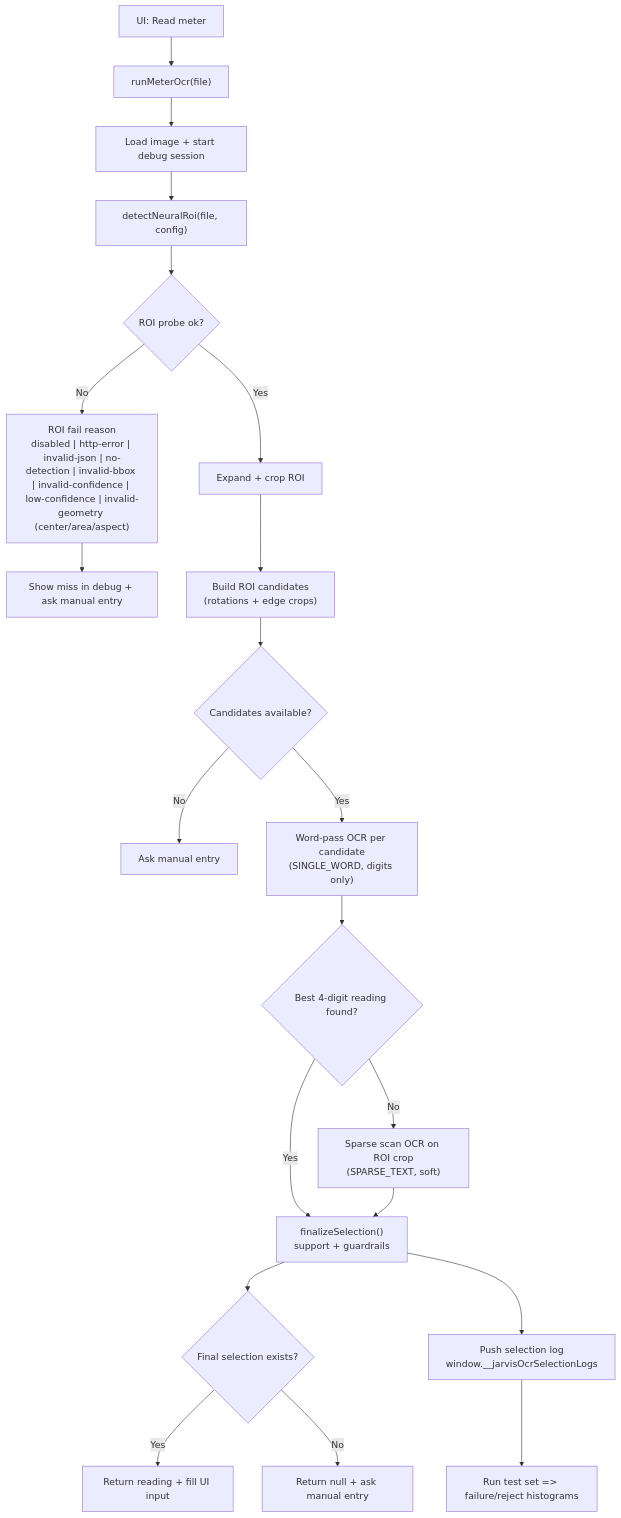
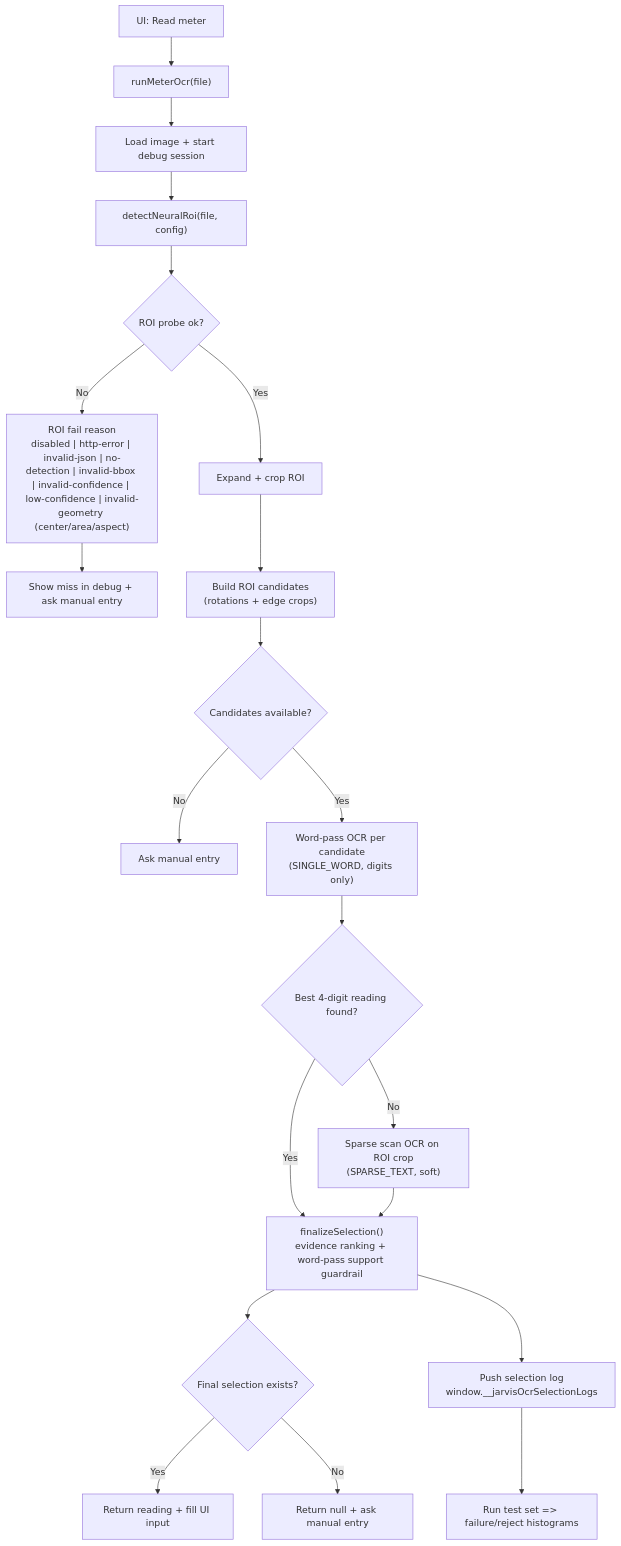
The diagram in docs/app-logic.md (AndreaPi/Jarvis), drawn with Mermaid before and after one commit. The commit also changed other lines of this file and 2 other files, not shown here.

Commit message:
Update OCR docs and re-render app logic diagram

````diff
--- a/docs/app-logic.md
+++ b/docs/app-logic.md
@@ -7,28 +7,28 @@
 ```mermaid
 flowchart TD
   A["UI: Read meter"] --> B["runMeterOcr(file)"]
   B --> C["Load image + start debug session"]
   C --> D["detectNeuralRoi(file, config)"]
   D --> E{"ROI probe ok?"}
 
   E -- "No" --> F["ROI fail reason<br/>disabled | http-error | invalid-json | no-detection | invalid-bbox | invalid-confidence | low-confidence | invalid-geometry (center/area/aspect)"]
   F --> G["Show miss in debug + ask manual entry"]
 
   E -- "Yes" --> H["Expand + crop ROI"]
   H --> I["Build ROI candidates<br/>(rotations + edge crops)"]
   I --> J{"Candidates available?"}
   J -- "No" --> K["Ask manual entry"]
   J -- "Yes" --> L["Word-pass OCR per candidate<br/>(SINGLE_WORD, digits only)"]
 
   L --> M{"Best 4-digit reading found?"}
   M -- "No" --> N["Sparse scan OCR on ROI crop<br/>(SPARSE_TEXT, soft)"]
-  M -- "Yes" --> O["finalizeSelection()<br/>support + guardrails"]
+  M -- "Yes" --> O["finalizeSelection()<br/>evidence ranking + word-pass support guardrail"]
   N --> O
 
   O --> P{"Final selection exists?"}
   P -- "Yes" --> Q["Return reading + fill UI input"]
   P -- "No" --> R["Return null + ask manual entry"]
 
   O --> S["Push selection log<br/>window.__jarvisOcrSelectionLogs"]
   S --> T["Run test set => failure/reject histograms"]
 ```
````
